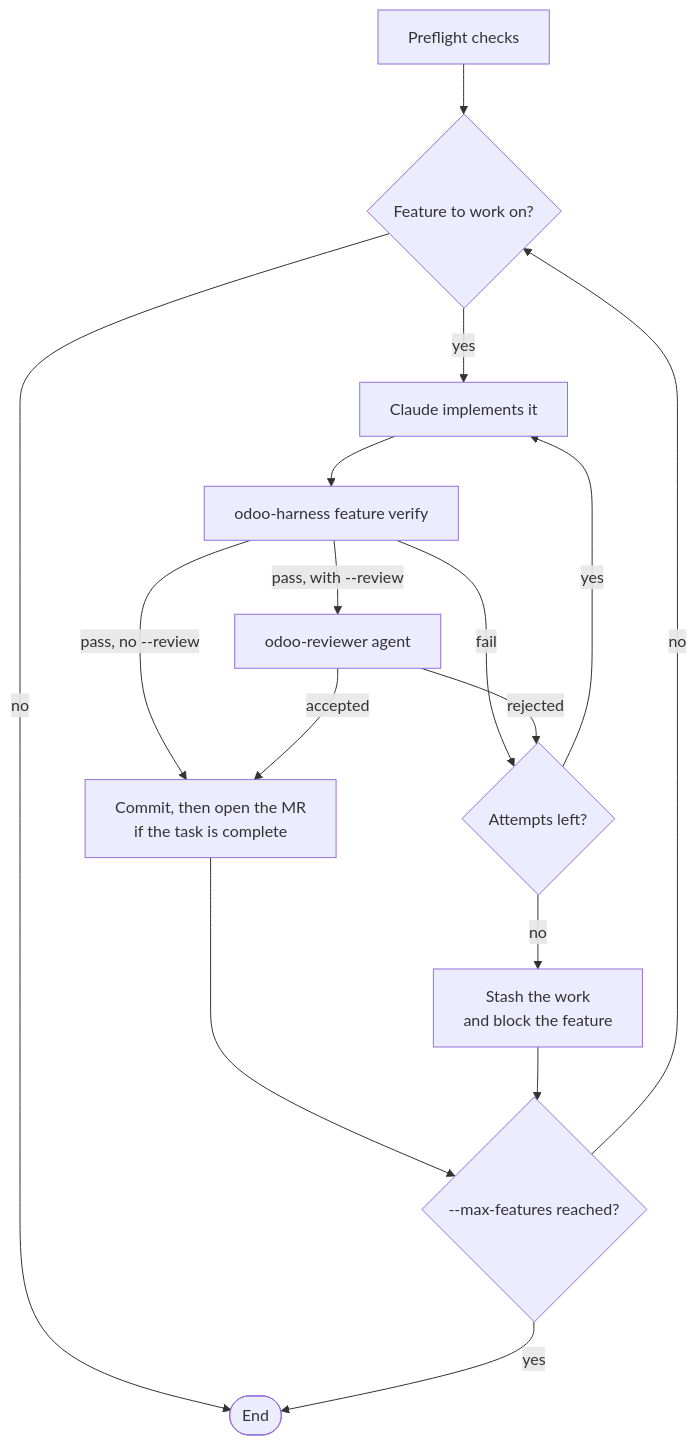
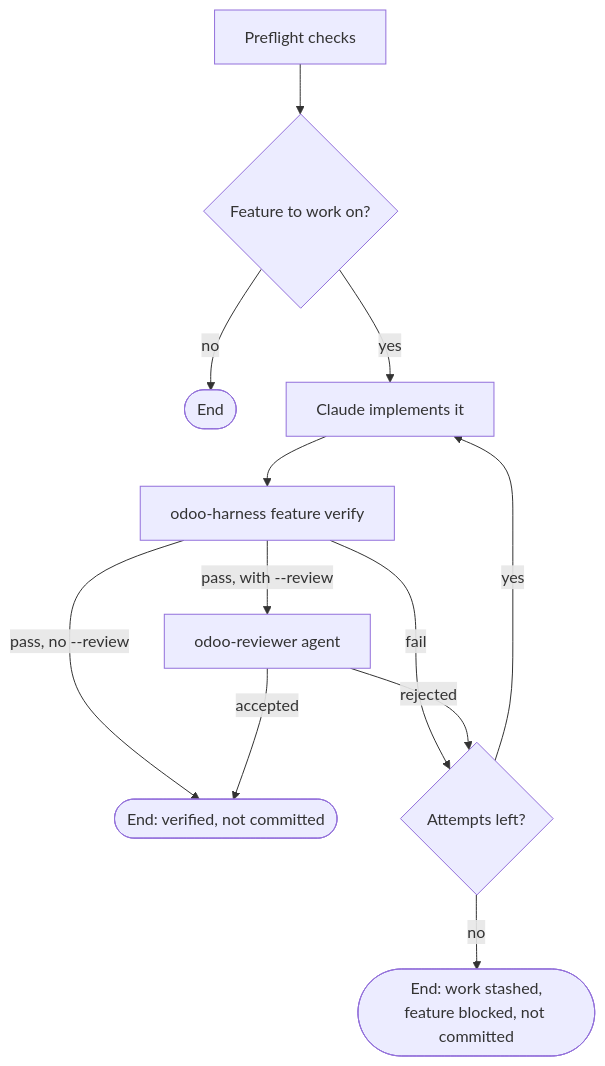
The diagram in README.md (yessin-fogits/claude-odoo-harness), drawn with Mermaid before and after one commit. The commit also changed other lines of this file and 17 other files, not shown here.

````diff
--- a/README.md
+++ b/README.md
@@ -247,18 +249,14 @@
 ```mermaid
 flowchart TD
     P["Preflight checks"] --> S{"Feature to work on?"}
     S -->|"no"| E(["End"])
     S -->|"yes"| M["Claude implements it"]
     M --> V["odoo-harness feature verify"]
     V -->|"pass, with --review"| R["odoo-reviewer agent"]
-    V -->|"pass, no --review"| C["Commit, then open the MR<br/>if the task is complete"]
+    V -->|"pass, no --review"| C(["End: verified, not committed"])
     V -->|"fail"| A{"Attempts left?"}
     R -->|"accepted"| C
     R -->|"rejected"| A
     A -->|"yes"| M
-    A -->|"no"| B["Stash the work<br/>and block the feature"]
-    C --> N{"--max-features reached?"}
-    B --> N
-    N -->|"no"| S
-    N -->|"yes"| E
+    A -->|"no"| B(["End: work stashed,<br/>feature blocked, not committed"])
 ```
````
